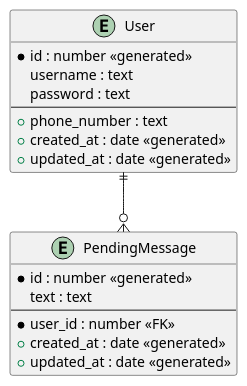
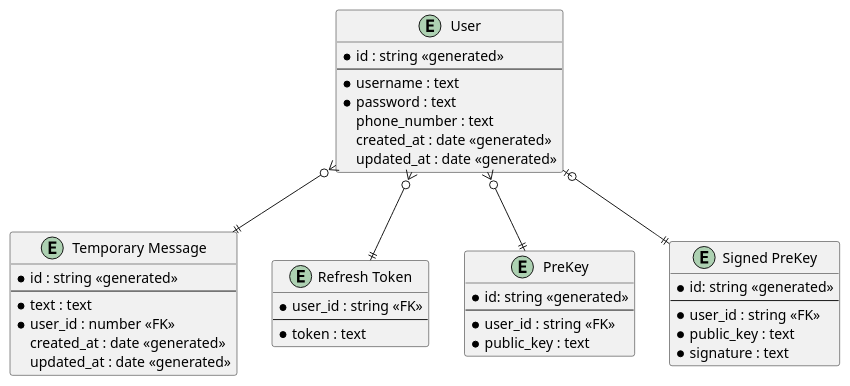
The diagram in docs/assets/diagrams/src/database.puml (nezia1/missive-documentation), drawn with PlantUML before and after one commit. The commit also changed 1 other file, not shown here.

Commit message:
update database diagram and journal

```diff
--- a/docs/assets/diagrams/src/database.puml
+++ b/docs/assets/diagrams/src/database.puml
@@ -1,22 +1,46 @@
 @startuml database
 entity "User" as user {
-    * id : number <<generated>>
-    username : text 
-    password : text
+    * id : string <<generated>>
     --
-    + phone_number : text
-    + created_at : date <<generated>>
-    + updated_at : date <<generated>>
+    * username : text 
+    * password : text
+    phone_number : text
+    created_at : date <<generated>>
+    updated_at : date <<generated>>
 }
 
-entity "PendingMessage" as pendingMessage {
-    * id : number <<generated>>
-    text : text
+entity "Temporary Message" as temporaryMessage {
+    * id : string <<generated>>
     --
+    * text : text
     * user_id : number <<FK>>
-    + created_at : date <<generated>>
-    + updated_at : date <<generated>>
+    created_at : date <<generated>>
+    updated_at : date <<generated>>
 }
 
-user ||--o{ pendingMessage
+entity "Refresh Token" as refreshToken {
+    * user_id : string <<FK>>
+    --
+    * token : text
+}
+
+entity "PreKey" as preKey {
+    * id: string <<generated>>
+    --
+    * user_id : string <<FK>>
+    * public_key : text
+}
+
+entity "Signed PreKey" as signedPreKey {
+    * id: string <<generated>>
+    --
+    * user_id : string <<FK>>
+    * public_key : text
+    * signature : text
+}
+
+user }o--|| temporaryMessage
+user }o--|| refreshToken
+user }o--|| preKey
+user |o--|| signedPreKey
 @enduml
```
